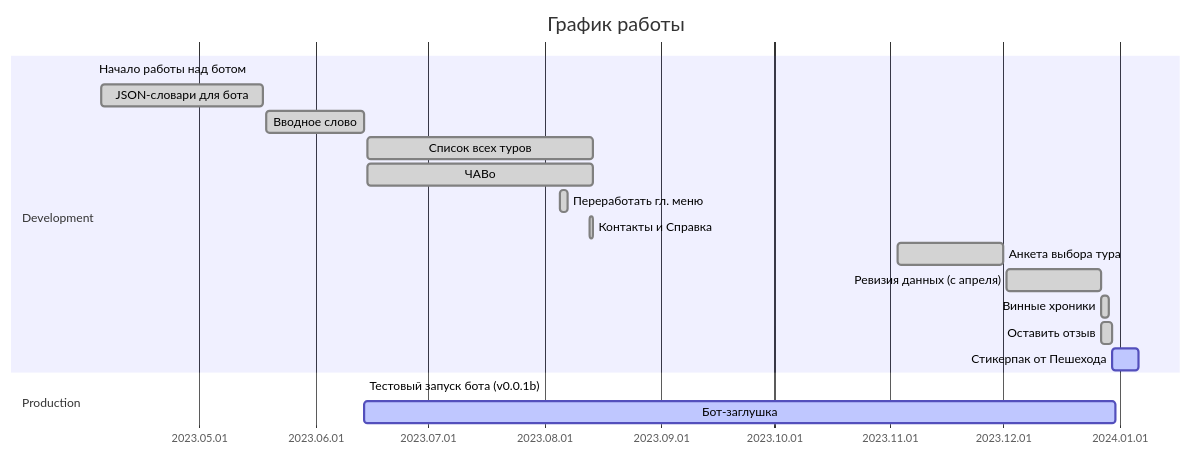
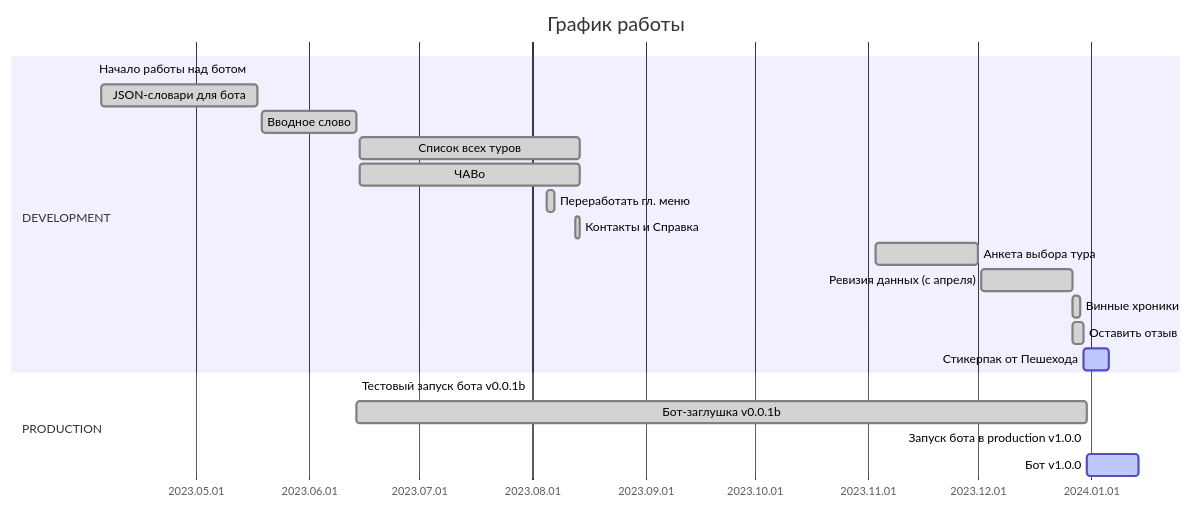
The first of 2 diagrams in README.md (tropintropin/telegram_bot_peshehod_chat), drawn with Mermaid before and after one commit.

````diff
--- a/README.md
+++ b/README.md
@@ -52,23 +52,25 @@
 ```mermaid
 gantt
 title       График работы
 dateFormat  YYYY.MM.DD
 axisFormat  %Y.%m.%d
 excludes    
-section     Development
+section     DEVELOPMENT
 Начало работы над ботом         :mileston,      2023.04.03, 
 JSON-словари для бота           :done,      a0, 2023.04.05, 2023.05.18
 Вводное слово                   :done,      a1, 2023.05.19, 2023.06.14
-Список всех туров               :done,    a2, 2023.06.15, 60d
-ЧАВо                            :done,    a3, 2023.06.15, 60d
+Список всех туров               :done,      a2, 2023.06.15, 60d
+ЧАВо                            :done,      a3, 2023.06.15, 60d
 Переработать гл. меню           :done,      a5, 2023.08.05, 2d
 Контакты и Справка              :done,      a6, 2023.08.13, 1d
-Анкета выбора тура              :done,    a7, 2023.11.03, 2023.12.01
-Ревизия данных (с апреля)       :done,    a8, 2023.12.02, 2023.12.27
-Винные хроники                  :done,    a9, 2023.12.27, 2d
-Оставить отзыв                  :done,    a10, 2023.12.27, 3d
-Стикерпак от Пешехода           :active,  a11, 2023.12.30, 1w
-section     Production
-Тестовый запуск бота (v0.0.1b)  :mileston,      2023.06.14,
-Бот-заглушка                    :active,    b0, 2023.06.14, 2023.12.31
+Анкета выбора тура              :done,      a7, 2023.11.03, 2023.12.01
+Ревизия данных (с апреля)       :done,      a8, 2023.12.02, 2023.12.27
+Винные хроники                  :done,      a9, 2023.12.27, 2d
+Оставить отзыв                  :done,      a10, 2023.12.27, 3d
+Стикерпак от Пешехода           :active,    a11, 2023.12.30, 1w
+section     PRODUCTION
+Тестовый запуск бота v0.0.1b    :mileston,      2023.06.14,
+Бот-заглушка v0.0.1b            :done,    b0,   2023.06.14, 2023.12.31
+Запуск бота в production v1.0.0 :mileston,      2023.12.31,
+Бот v1.0.0                      :active,  b1,   2023.12.31, 2w
 ```
````
